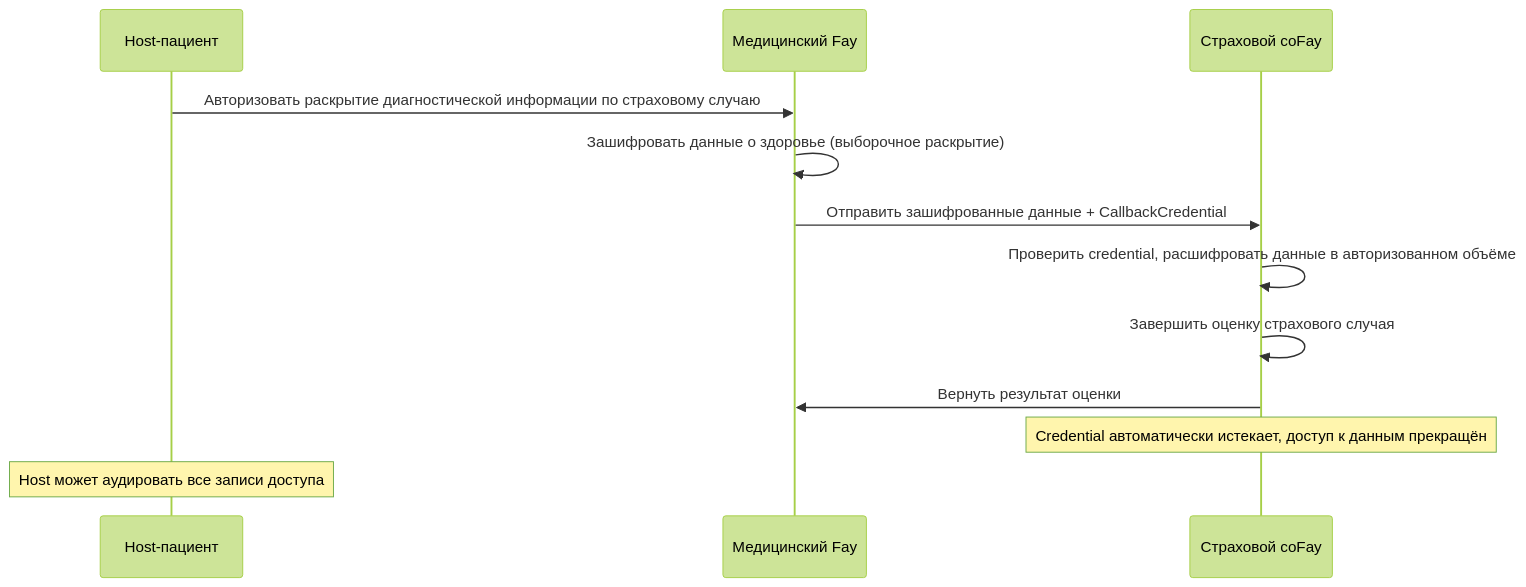
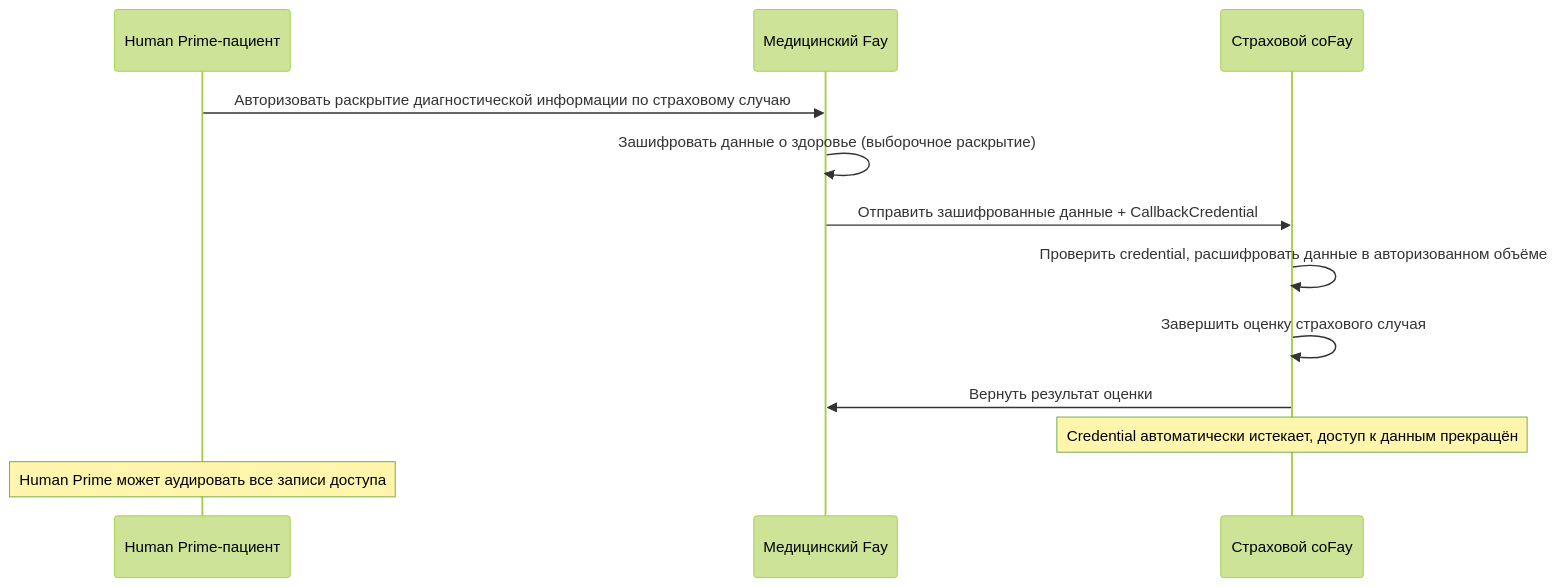
The first of 5 diagrams in docs/ru/blueprint/4-stsenarii-primeneniya.md (ChainModePilot/Telepathy-Protocol), drawn with Mermaid (forest theme) before and after one commit. The commit also changed other lines of this file and 68 other files, not shown here.

First line of the commit message:
Use 'Human Prime' instead of 'Host' in blueprints

````diff
--- a/docs/ru/blueprint/4-stsenarii-primeneniya.md
+++ b/docs/ru/blueprint/4-stsenarii-primeneniya.md
@@ -19,15 +19,15 @@
 ```mermaid
 sequenceDiagram
-    participant H as Host-пациент
+    participant H as Human Prime-пациент
     participant MF as Медицинский Fay
     participant IF as Страховой coFay
 
     H->>MF: Авторизовать раскрытие диагностической информации по страховому случаю
     MF->>MF: Зашифровать данные о здоровье (выборочное раскрытие)
     MF->>IF: Отправить зашифрованные данные + CallbackCredential
     IF->>IF: Проверить credential, расшифровать данные в авторизованном объёме
     IF->>IF: Завершить оценку страхового случая
     IF->>MF: Вернуть результат оценки
     Note over IF: Credential автоматически истекает, доступ к данным прекращён
-    Note over H: Host может аудировать все записи доступа
+    Note over H: Human Prime может аудировать все записи доступа
 ```
````
